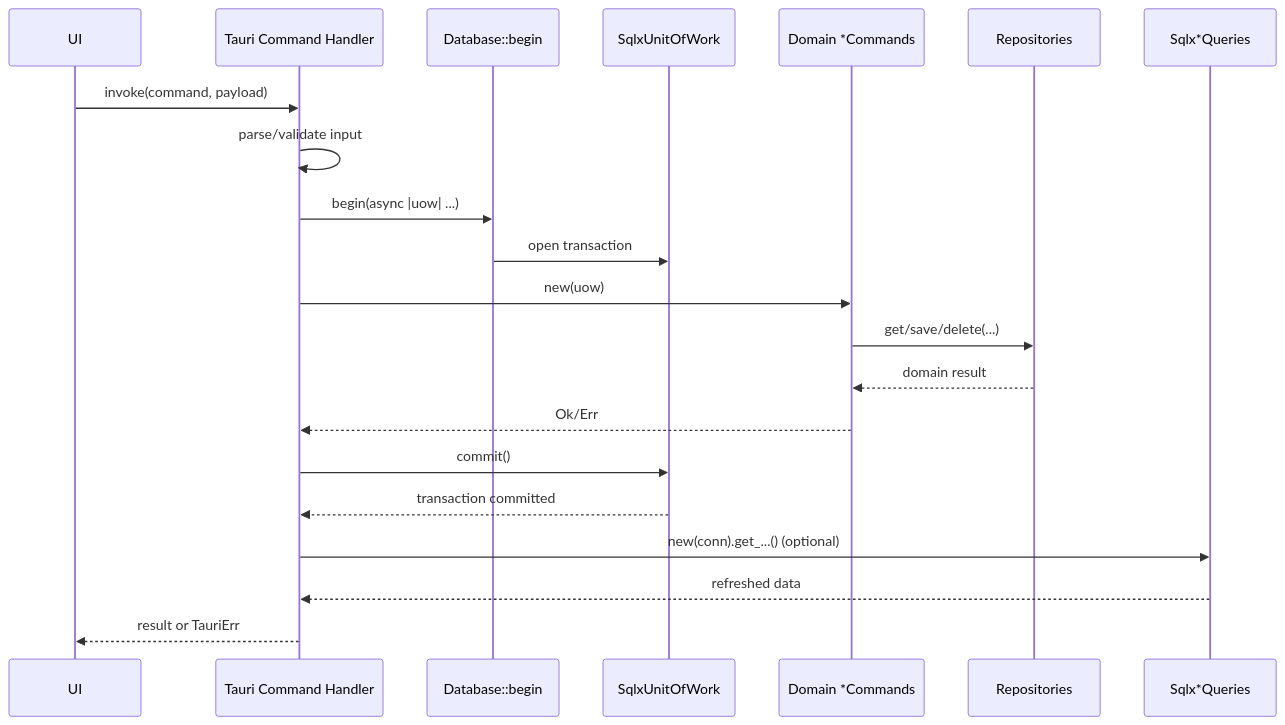
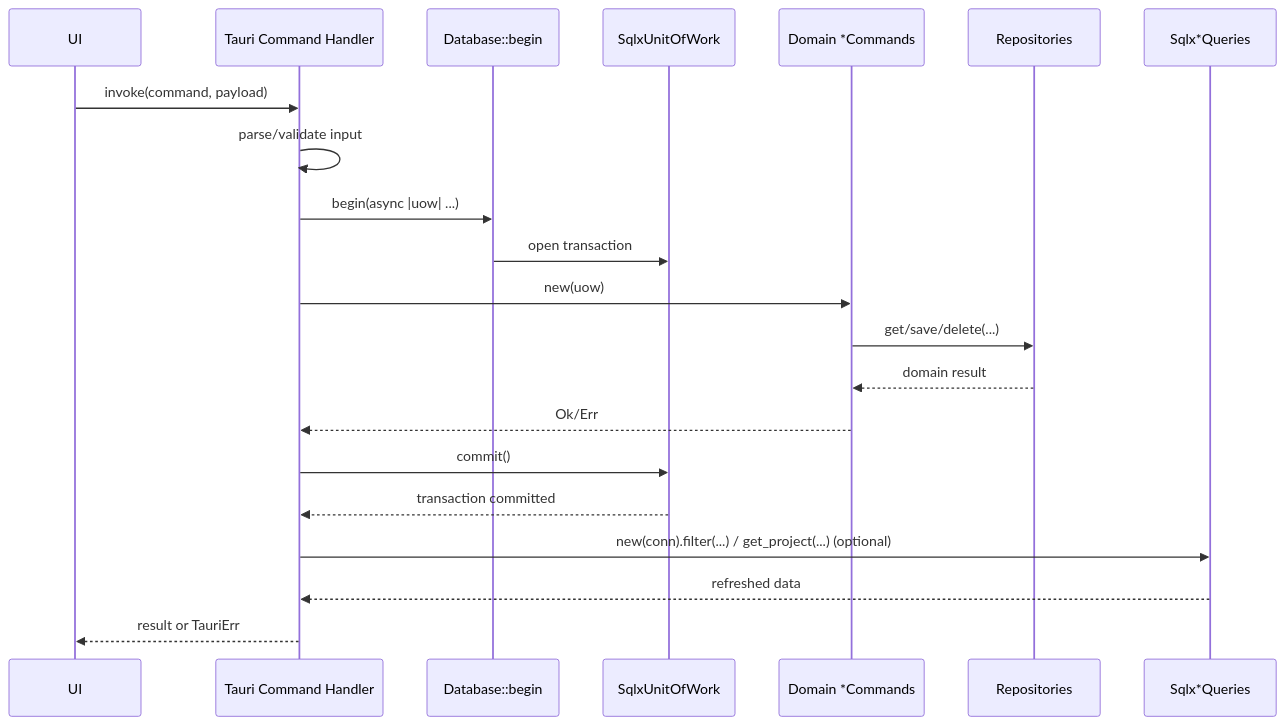
One commit to bleticat/autograph changed the first of 2 diagrams in docs/use_case_flow.md. Above: the diagram before and after it, drawn with Mermaid. The commit also changed other lines of this file and 28 other files, not shown here.

````diff
--- a/docs/use_case_flow.md
+++ b/docs/use_case_flow.md
@@ -18,24 +18,24 @@
 ```mermaid
 sequenceDiagram
     participant UI
     participant Tauri as Tauri Command Handler
     participant DB as Database::begin
     participant UoW as SqlxUnitOfWork
     participant Cmd as Domain *Commands
     participant Repo as Repositories
     participant Q as Sqlx*Queries
 
     UI->>Tauri: invoke(command, payload)
     Tauri->>Tauri: parse/validate input
     Tauri->>DB: begin(async |uow| ...)
     DB->>UoW: open transaction
     Tauri->>Cmd: new(uow)
     Cmd->>Repo: get/save/delete(...)
     Repo-->>Cmd: domain result
     Cmd-->>Tauri: Ok/Err
     Tauri->>UoW: commit()
     UoW-->>Tauri: transaction committed
-    Tauri->>Q: new(conn).get_...() (optional)
+    Tauri->>Q: new(conn).filter(...) / get_project(...) (optional)
     Q-->>Tauri: refreshed data
     Tauri-->>UI: result or TauriErr
 ```
````
